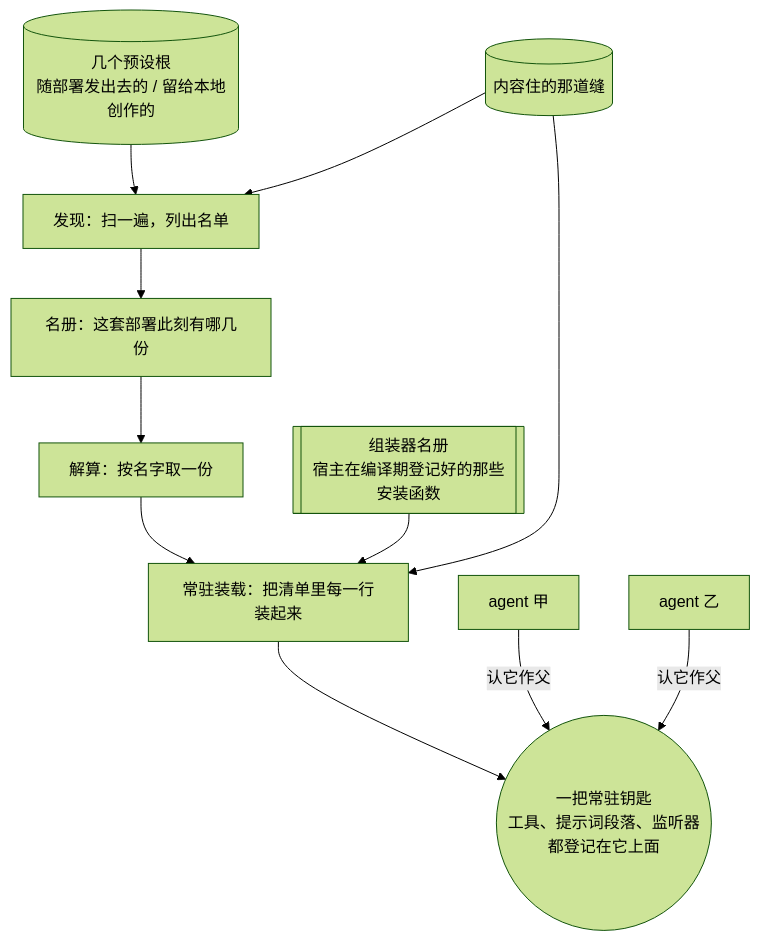
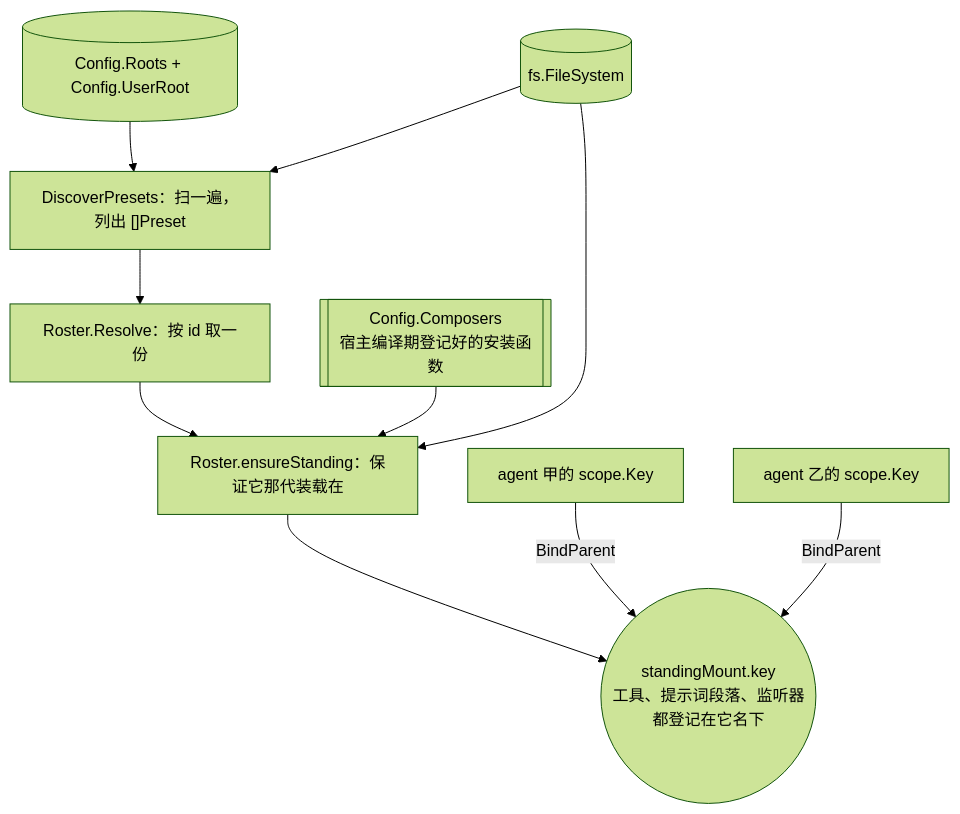
Before and after one commit to snight1983/ds-harness-go: the third of 25 diagrams in docs/modules/presets.md, drawn with Mermaid (forest theme). The commit also changed other lines of this file and 25 other files, not shown here.

````diff
--- a/docs/modules/presets.md
+++ b/docs/modules/presets.md
@@ -51,13 +53,12 @@
 ```mermaid
 flowchart TD
-    ROOTS[("几个预设根<br/>随部署发出去的 / 留给本地创作的")] --> DISC["发现：扫一遍，列出名单"]
-    DISC --> LIST["名册：这套部署此刻有哪几份"]
-    LIST --> RES["解算：按名字取一份"]
-    RES --> MNT["常驻装载：把清单里每一行装起来"]
-    COMP[["组装器名册<br/>宿主在编译期登记好的那些安装函数"]] --> MNT
-    MNT --> KEY(("一把常驻钥匙<br/>工具、提示词段落、监听器都登记在它上面"))
-    AG1["agent 甲"] -->|"认它作父"| KEY
-    AG2["agent 乙"] -->|"认它作父"| KEY
-    FS[("内容住的那道缝")] --> DISC
-    FS --> MNT
+    ROOTS[("Config.Roots + Config.UserRoot")] --> DISC["DiscoverPresets：扫一遍，列出 []Preset"]
+    DISC --> RES["Roster.Resolve：按 id 取一份"]
+    RES --> ENS["Roster.ensureStanding：保证它那代装载在"]
+    COMP[["Config.Composers<br/>宿主编译期登记好的安装函数"]] --> ENS
+    ENS --> KEY(("standingMount.key<br/>工具、提示词段落、监听器都登记在它名下"))
+    AG1["agent 甲的 scope.Key"] -->|"BindParent"| KEY
+    AG2["agent 乙的 scope.Key"] -->|"BindParent"| KEY
+    FS[("fs.FileSystem")] --> DISC
+    FS --> ENS
 ```
````
